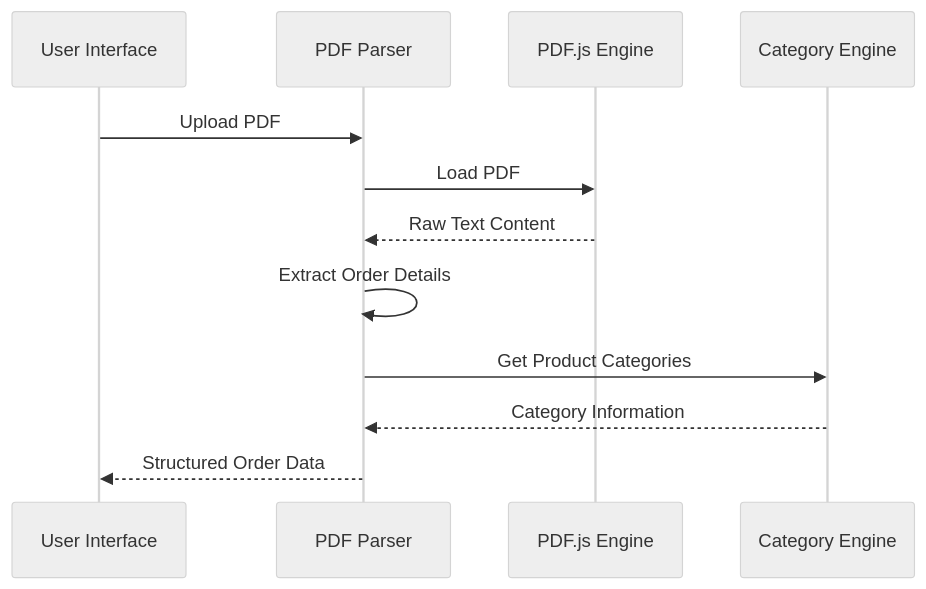
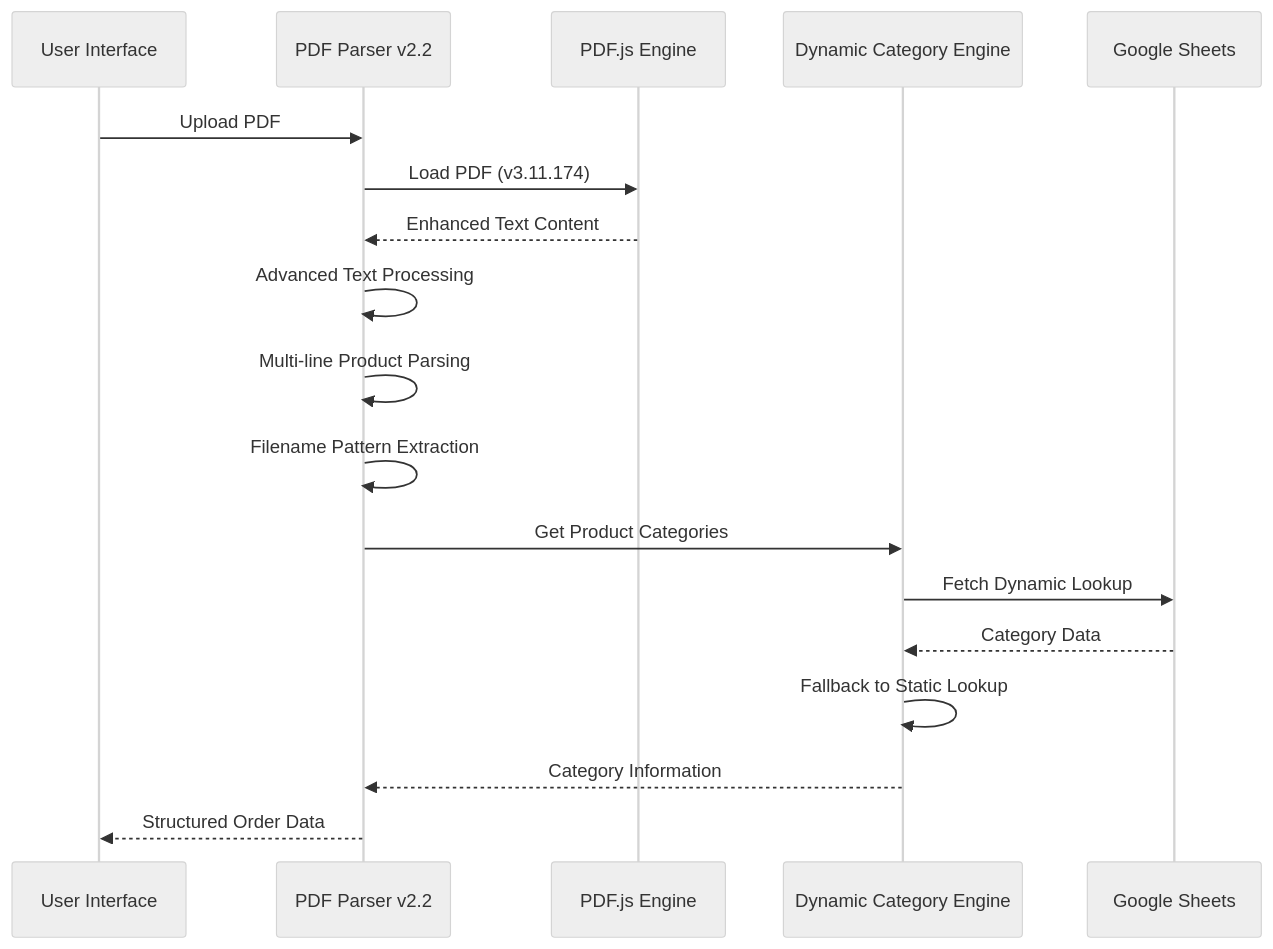
Before and after one commit to j1me/ZapSlip: the first of 4 diagrams in docs/TECHNICAL.md, drawn with Mermaid (neutral theme). The commit also changed other lines of this file and 20 other files, not shown here.

First line of the commit message:
Enhanced detailed breakdown export with region extraction

````diff
--- a/docs/TECHNICAL.md
+++ b/docs/TECHNICAL.md
@@ -11,15 +11,21 @@
 ```mermaid
 sequenceDiagram
     participant UI as User Interface
-    participant PP as PDF Parser
+    participant PP as PDF Parser v2.2
     participant PE as PDF.js Engine
-    participant CE as Category Engine
+    participant CE as Dynamic Category Engine
+    participant GS as Google Sheets
     
     UI->>PP: Upload PDF
-    PP->>PE: Load PDF
-    PE-->>PP: Raw Text Content
-    PP->>PP: Extract Order Details
+    PP->>PE: Load PDF (v3.11.174)
+    PE-->>PP: Enhanced Text Content
+    PP->>PP: Advanced Text Processing
+    PP->>PP: Multi-line Product Parsing
+    PP->>PP: Filename Pattern Extraction
     PP->>CE: Get Product Categories
+    CE->>GS: Fetch Dynamic Lookup
+    GS-->>CE: Category Data
+    CE->>CE: Fallback to Static Lookup
     CE-->>PP: Category Information
     PP-->>UI: Structured Order Data
 ```
````
